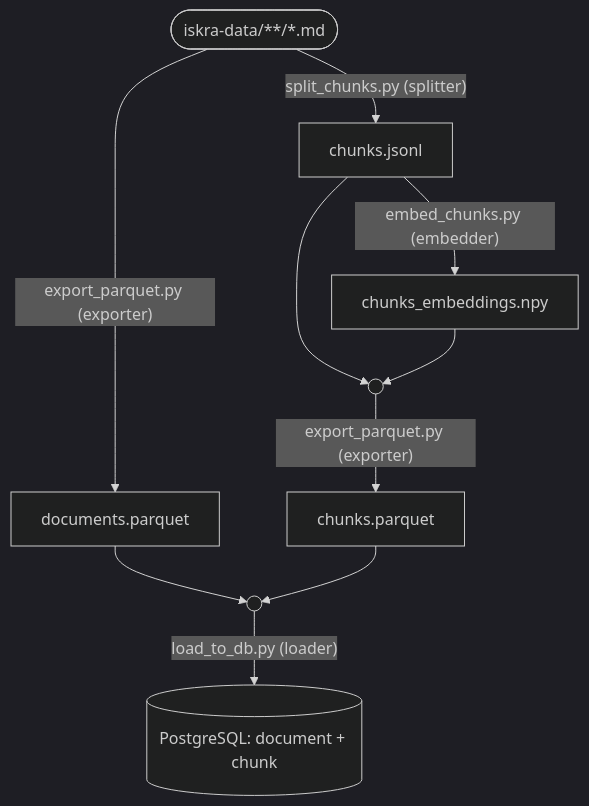
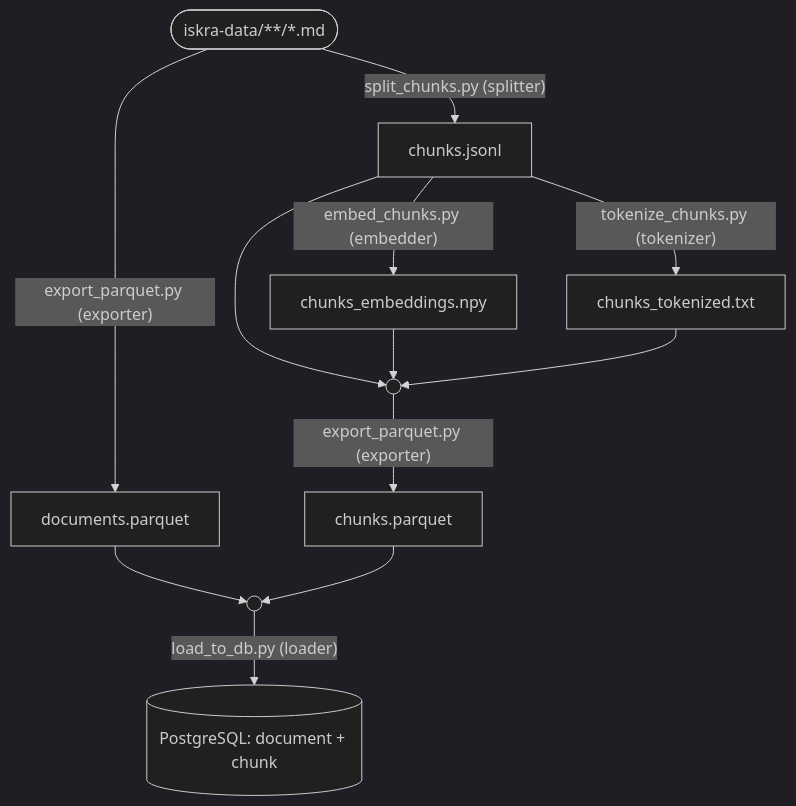
The diagram in README.md (Qhbee/iskra-etl), drawn with Mermaid (dark theme) before and after one commit. The commit also changed other lines of this file, not shown here.

````diff
--- a/README.md
+++ b/README.md
@@ -31,21 +32,24 @@
 ```mermaid
 flowchart TB
   corpus(["iskra-data/**/*.md"])
   jsonl["chunks.jsonl"]
   npy["chunks_embeddings.npy"]
+  txt["chunks_tokenized.txt"]
   docsPq["documents.parquet"]
   exportJoin(("﻿"))
   chunksPq["chunks.parquet"]
   loadJoin(("﻿"))
   db[("PostgreSQL: document + chunk")]
 
   corpus -->|"split_chunks.py (splitter)"| jsonl
   jsonl -->|"embed_chunks.py (embedder)"| npy
+  jsonl -->|"tokenize_chunks.py (tokenizer)"| txt
   corpus -->|"export_parquet.py (exporter)"| docsPq
   jsonl --> exportJoin
   npy --> exportJoin
+  txt --> exportJoin
   exportJoin -->|"export_parquet.py (exporter)"| chunksPq
   docsPq --> loadJoin
   chunksPq --> loadJoin
   loadJoin -->|"load_to_db.py (loader)"| db
 ```
````
